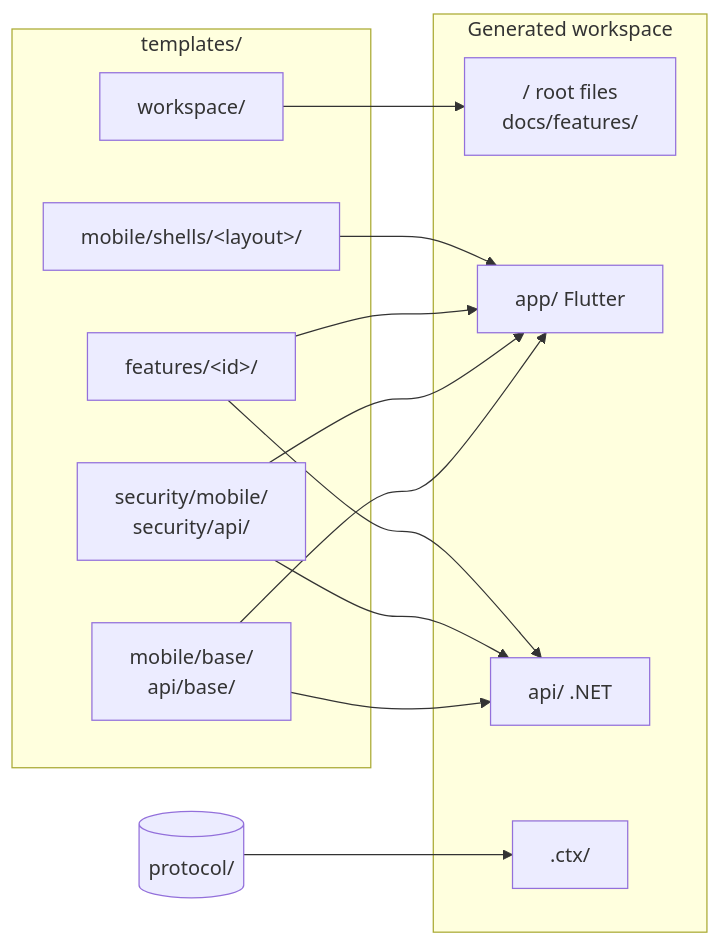
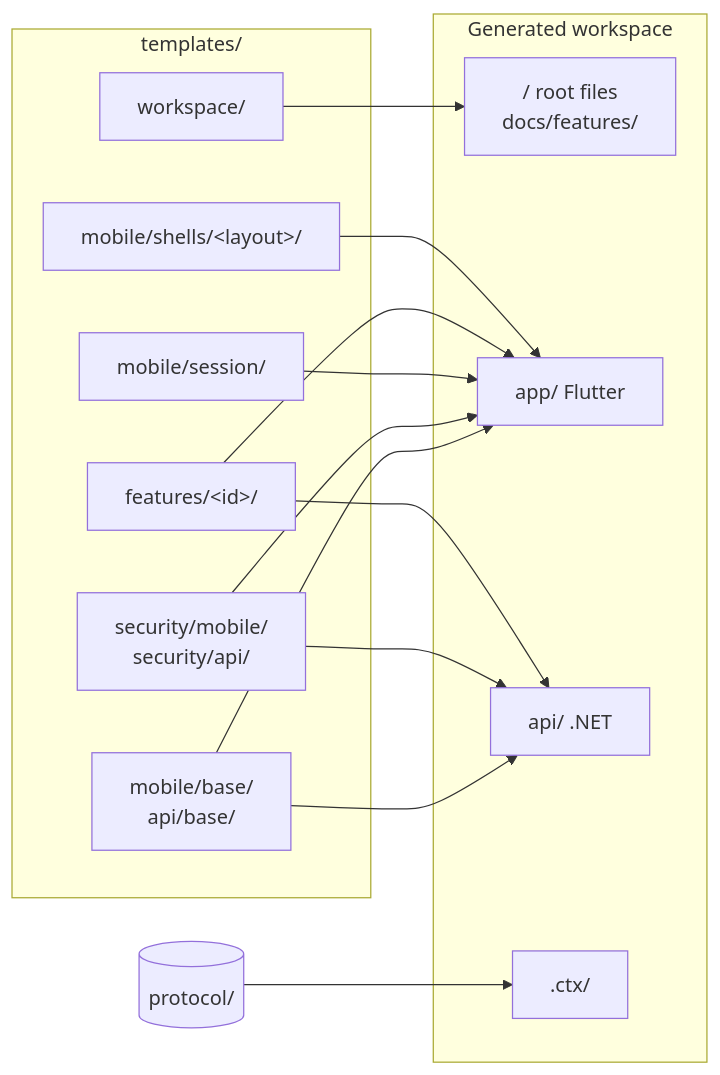
The first of 2 diagrams in docs/architecture/generator.md (gbrandtio/ctx.0), drawn with Mermaid before and after one commit. The commit also changed other lines of this file and 70 other files, not shown here.

Commit message:
Fixing architecture, updating documentation, fixing naming conventions

````diff
--- a/docs/architecture/generator.md
+++ b/docs/architecture/generator.md
@@ -77,27 +77,29 @@
 ```mermaid
 flowchart LR
     subgraph inputs["templates/"]
         w["workspace/"]
         base["mobile/base/<br/>api/base/"]
         sec["security/mobile/<br/>security/api/"]
+        sess["mobile/session/"]
         feat["features/&lt;id&gt;/"]
         sh["mobile/shells/&lt;layout&gt;/"]
     end
     p[("protocol/")]
     subgraph out["Generated workspace"]
         root["/ root files<br/>docs/features/"]
         app["app/ Flutter"]
         api["api/ .NET"]
         ctx[".ctx/"]
     end
 
     w --> root
     base --> app
     base --> api
     sec --> app
     sec --> api
+    sess --> app
     feat --> app
     feat --> api
     sh --> app
     p --> ctx
 ```
````
